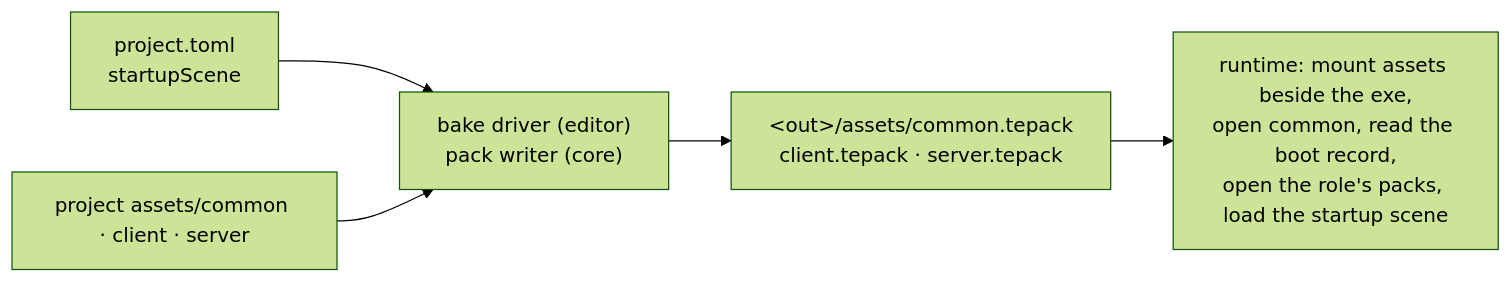
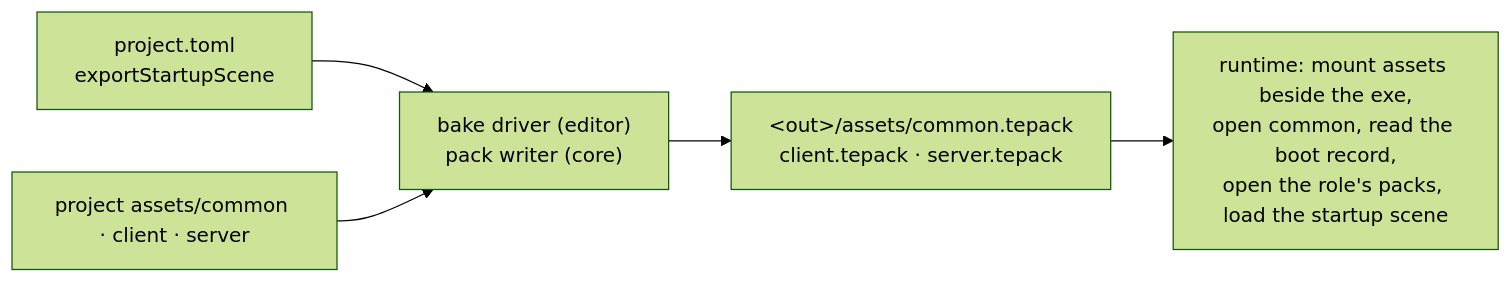
Before and after one commit to techattackteam/TechEngine-vault: the third of 3 diagrams in 04 Design Docs/Systems/Resources - Design.md, drawn with Mermaid (forest theme). The commit also changed other lines of this file and 5 other files, not shown here.

````diff
--- a/04 Design Docs/Systems/Resources - Design.md
+++ b/04 Design Docs/Systems/Resources - Design.md
@@ -321,7 +348,7 @@
 ```mermaid
 flowchart LR
-  toml["project.toml<br/>startupScene"] --> bake
+  toml["project.toml<br/>exportStartupScene"] --> bake
   assets["project assets/common · client · server"] --> bake["bake driver (editor)<br/>pack writer (core)"]
   bake --> out["&lt;out&gt;/assets/common.tepack<br/>client.tepack · server.tepack"]
   out --> rt["runtime: mount assets beside the exe,<br/>open common, read the boot record,<br/>open the role's packs, load the startup scene"]
 ```
````
